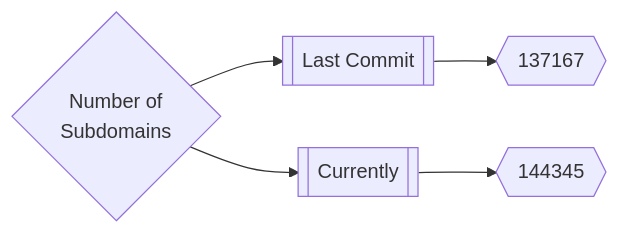
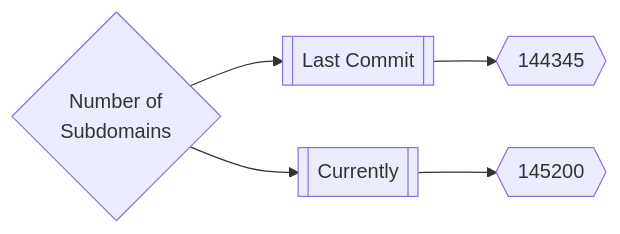
One commit to trickest/inventory changed the first of 3 diagrams in README.md. Above: the diagram before and after it, drawn with Mermaid. The commit also changed other lines of this file, not shown here.

Commit message:
Update Wed Mar  9 08:12:23 UTC 2022

````diff
--- a/README.md
+++ b/README.md
@@ -165,5 +165,5 @@
 ```mermaid
 graph LR
-title{Number of<br>Subdomains} --> subdomainsDate1[[Last Commit]] --> subdomainsNum1{{137167}}
-title --> subdomainsDate2[[Currently]] --> subdomainsNum2{{144345}}
+title{Number of<br>Subdomains} --> subdomainsDate1[[Last Commit]] --> subdomainsNum1{{144345}}
+title --> subdomainsDate2[[Currently]] --> subdomainsNum2{{145200}}
 ```
````
